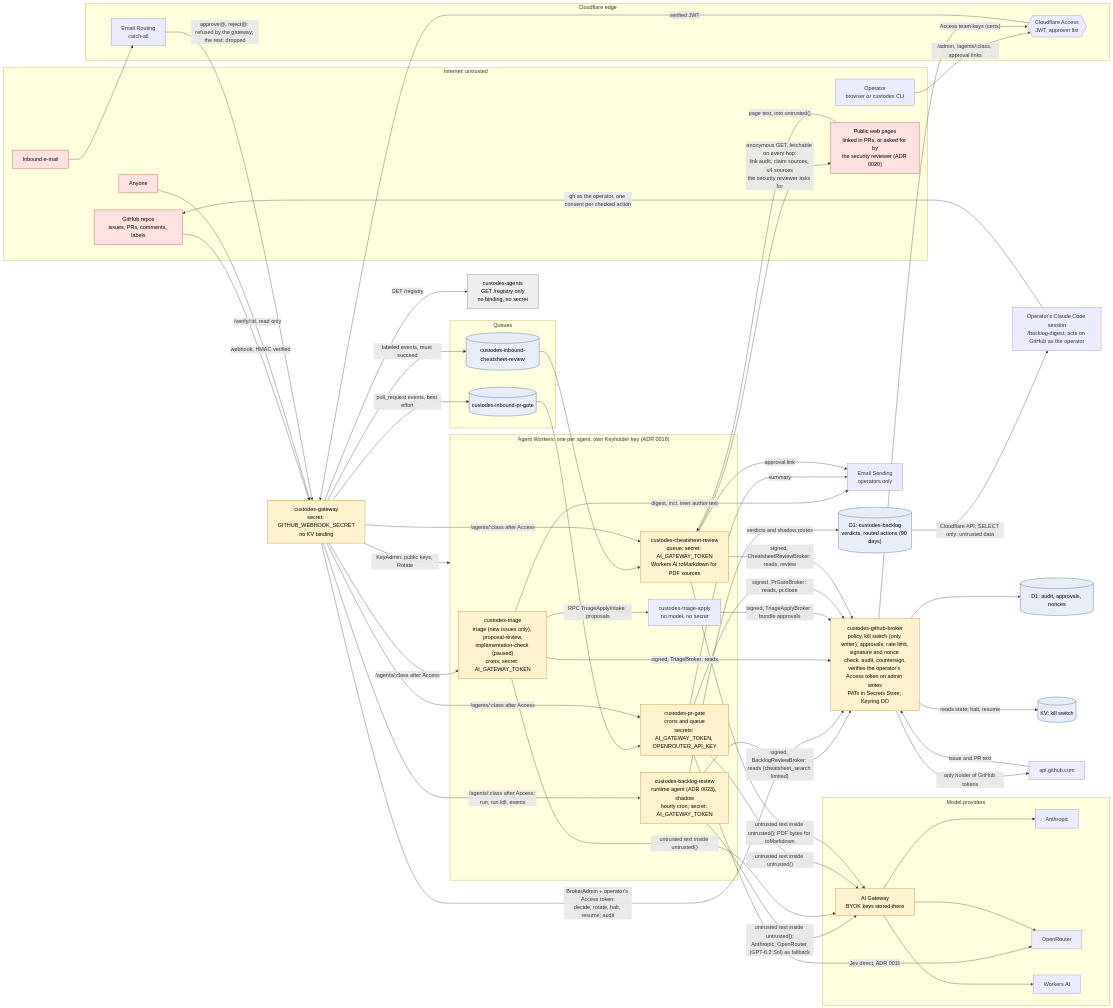
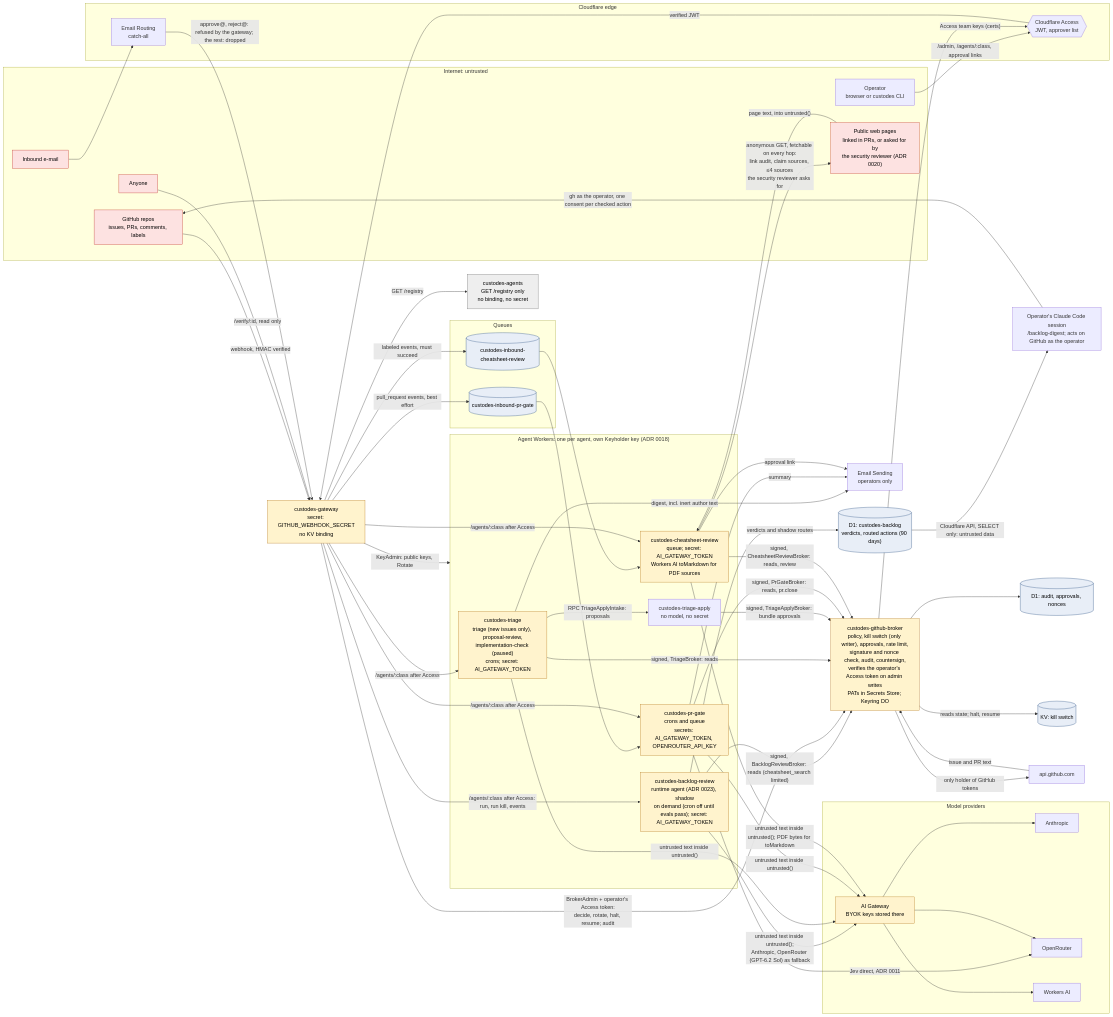
One commit to mackowski/custodes changed the diagram in docs/architecture/data-flow.md. Above: the diagram before and after it, drawn with Mermaid. The commit also changed other lines of this file and 2 other files, not shown here.

Commit message:
fix(backlog-review): no cron until the rollout gates pass (#132 decisions Q6/Q7)
Sandbox e2e, then a manual OWASP run, then the cron, and only after the primary model reaches
95% on golden case 001. Until then the Worker runs on demand through the Access-protected gateway;
a reviewed PR turns the hourly cron on.

```diff
--- a/docs/architecture/data-flow.md
+++ b/docs/architecture/data-flow.md
@@ -61,7 +61,7 @@
     TAP["custodes-triage-apply<br/>no model, no secret"]
     PRG["custodes-pr-gate<br/>crons and queue<br/>secrets: AI_GATEWAY_TOKEN, OPENROUTER_API_KEY"]:::secret
     CSR["custodes-cheatsheet-review<br/>queue; secret: AI_GATEWAY_TOKEN<br/>Workers AI toMarkdown for PDF sources"]:::secret
-    BLR["custodes-backlog-review<br/>runtime agent (ADR 0023), shadow<br/>hourly cron; secret: AI_GATEWAY_TOKEN"]:::secret
+    BLR["custodes-backlog-review<br/>runtime agent (ADR 0023), shadow<br/>on demand (cron off until evals pass); secret: AI_GATEWAY_TOKEN"]:::secret
   end
 
   BLD[("D1: custodes-backlog<br/>verdicts, routed actions (90 days)")]:::store
```
